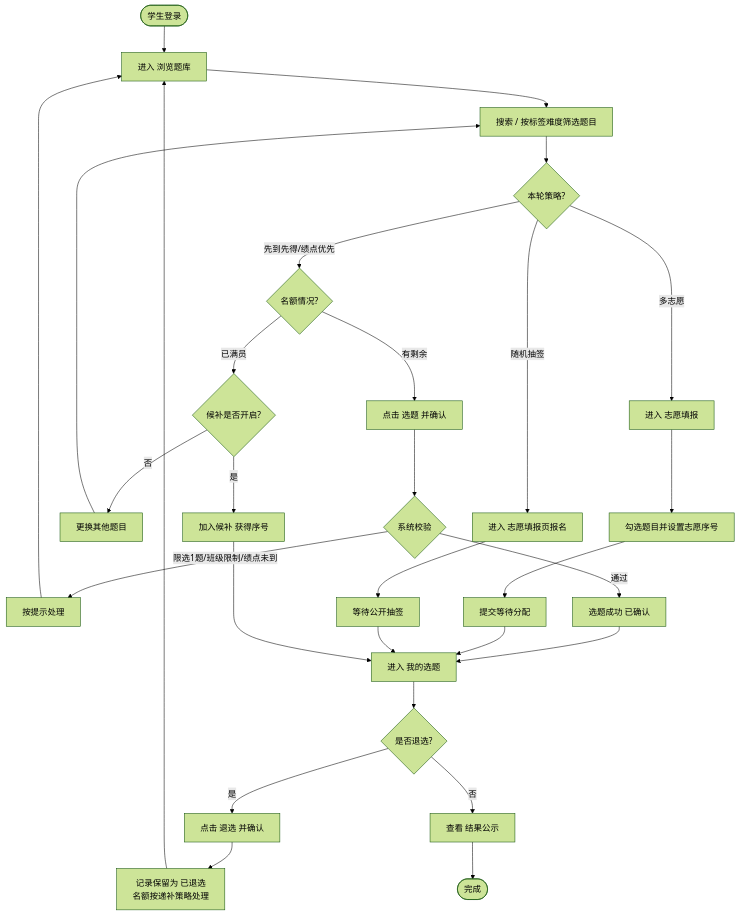
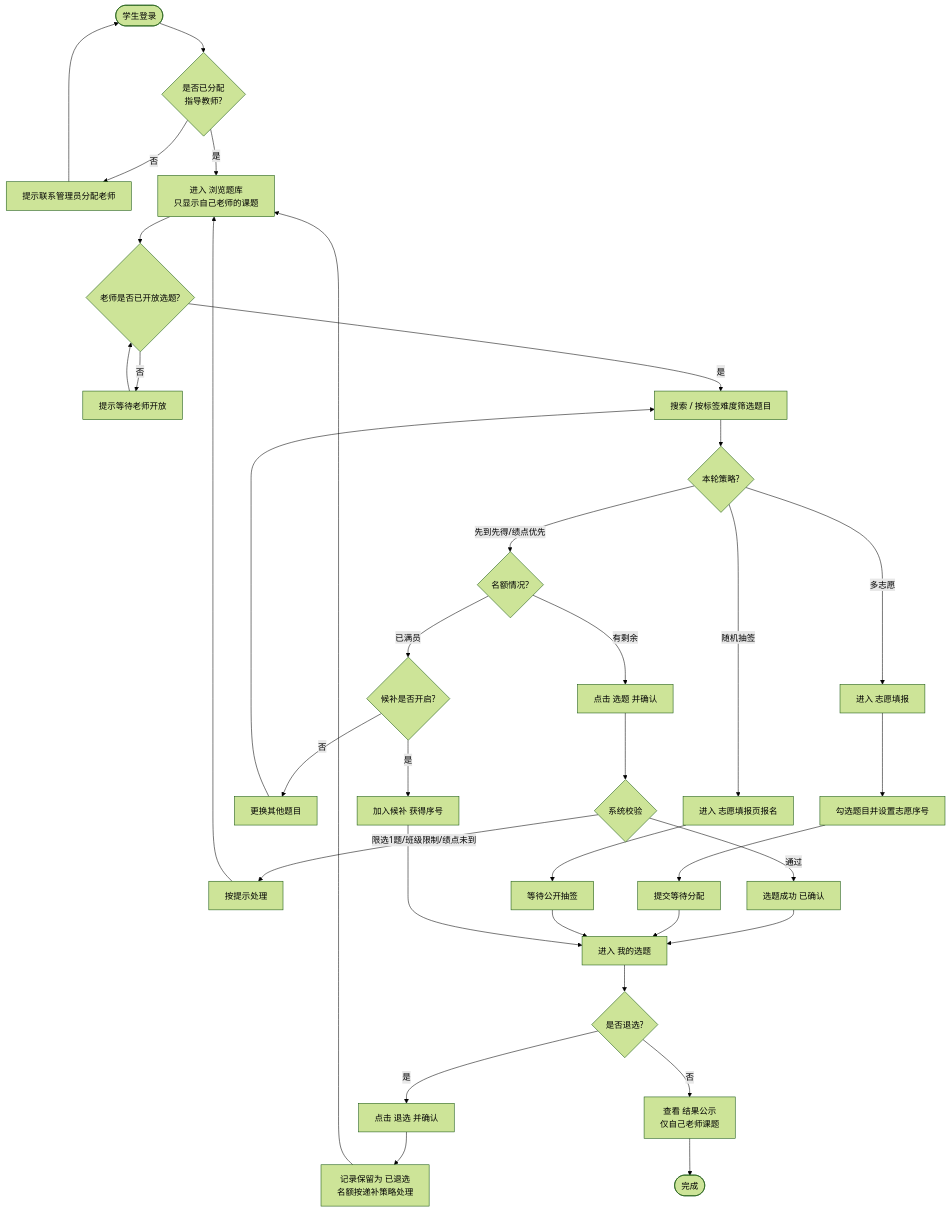
The second of 5 diagrams in student-topic-system/wiki/06-使用流程.md (haixiaoyuntian/topicgo), drawn with Mermaid (forest theme) before and after one commit. The commit also changed other lines of this file and 11 other files, not shown here.

````diff
--- a/student-topic-system/wiki/06-使用流程.md
+++ b/student-topic-system/wiki/06-使用流程.md
@@ -45,25 +46,29 @@
 ```mermaid
 flowchart TD
-    S1([学生登录]) --> S2[进入 浏览题库]
-    S2 --> S3[搜索 / 按标签难度筛选题目]
+    S1([学生登录]) --> S0{是否已分配<br/>指导教师?}
+    S0 -- 否 --> S0a[提示联系管理员分配老师] --> S1
+    S0 -- 是 --> S2[进入 浏览题库<br/>只显示自己老师的课题]
+    S2 --> S2a{老师是否已开放选题?}
+    S2a -- 否 --> S2b[提示等待老师开放] --> S2a
+    S2a -- 是 --> S3[搜索 / 按标签难度筛选题目]
     S3 --> Mode{本轮策略?}
     Mode -- 先到先得/绩点优先 --> S4{名额情况?}
     S4 -- 有剩余 --> S5[点击 选题 并确认]
     S4 -- 已满员 --> S6{候补是否开启?}
     S6 -- 是 --> S7[加入候补 获得序号]
     S6 -- 否 --> S8[更换其他题目] --> S3
     S5 --> S9{系统校验}
     S9 -- 限选1题/班级限制/绩点未到 --> S10[按提示处理] --> S2
     S9 -- 通过 --> S11[选题成功 已确认]
     Mode -- 多志愿 --> W1[进入 志愿填报] --> W2[勾选题目并设置志愿序号] --> W3[提交等待分配]
     Mode -- 随机抽签 --> E1[进入 志愿填报页报名] --> E2[等待公开抽签]
     S11 --> S12[进入 我的选题]
     W3 --> S12
     E2 --> S12
     S7 --> S12
     S12 --> S13{是否退选?}
     S13 -- 是 --> S14[点击 退选 并确认]
     S14 --> S15[记录保留为 已退选<br/>名额按递补策略处理]
     S15 --> S2
-    S13 -- 否 --> S16[查看 结果公示] --> S17([完成])
+    S13 -- 否 --> S16[查看 结果公示<br/>仅自己老师课题] --> S17([完成])
 ```
````
